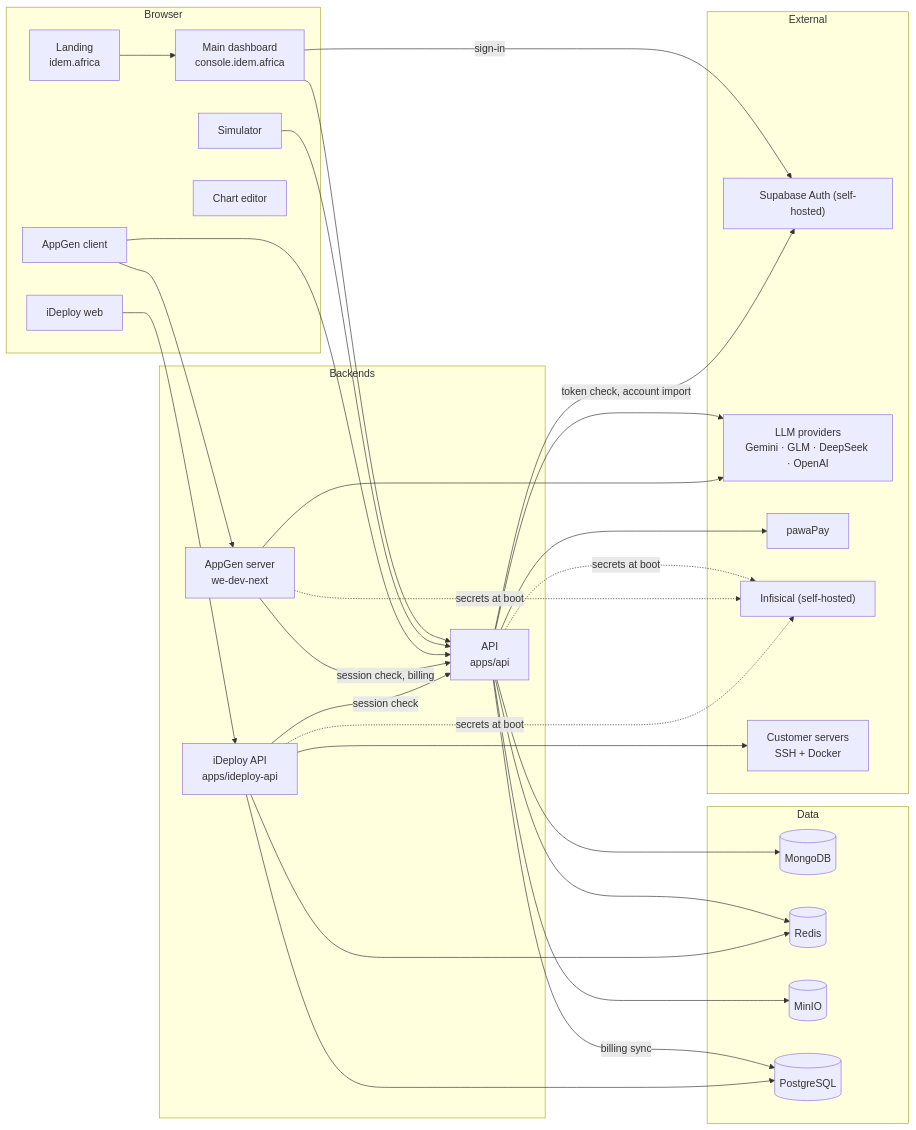
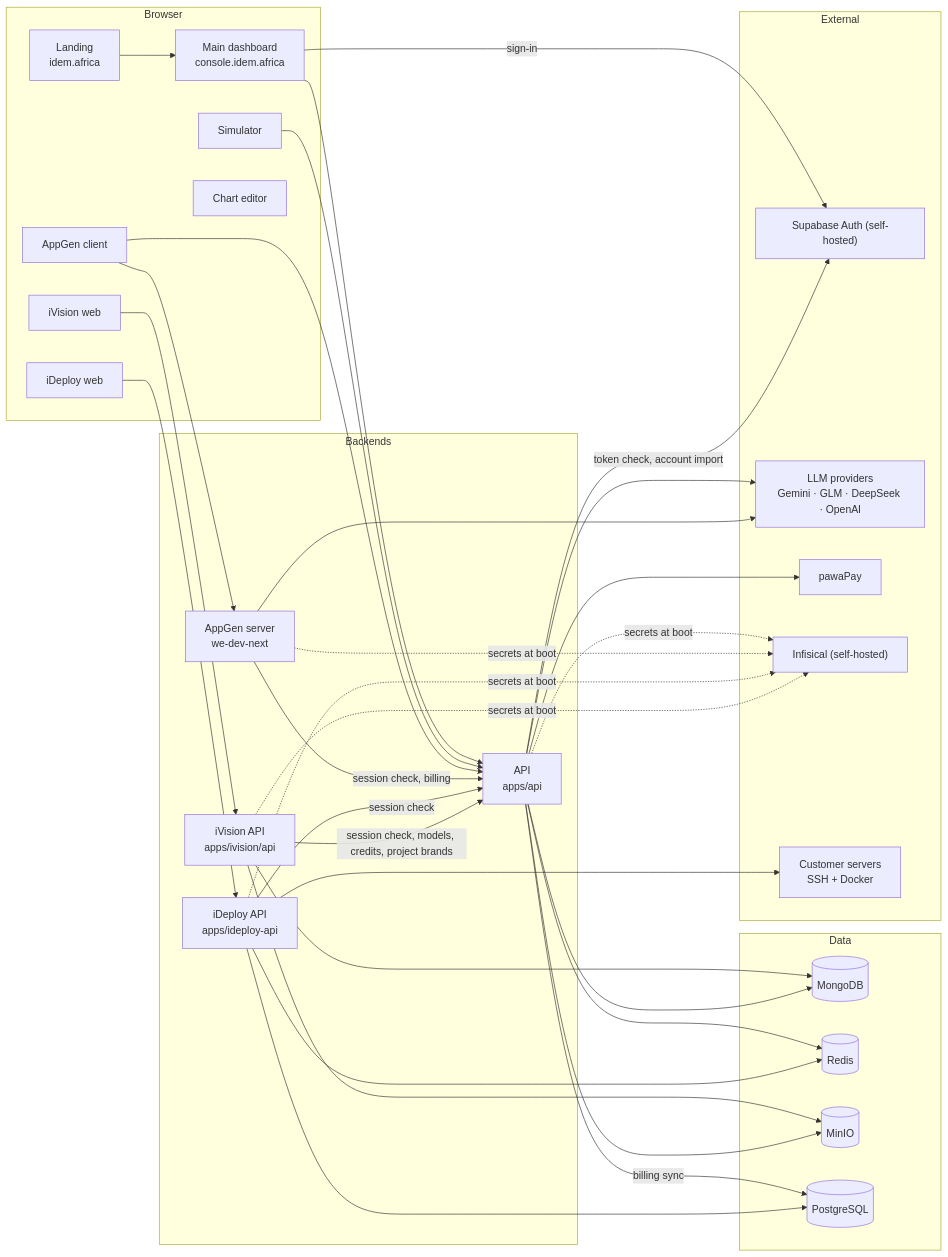
Before and after one commit to Idem-AI/idem: the diagram in docs/ARCHITECTURE.md, drawn with Mermaid. The commit also changed other lines of this file and 329 other files, not shown here.

````diff
--- a/docs/ARCHITECTURE.md
+++ b/docs/ARCHITECTURE.md
@@ -5,50 +5,55 @@
 ```mermaid
 flowchart LR
     subgraph Browser
         Landing["Landing<br/>idem.africa"]
         Dashboard["Main dashboard<br/>console.idem.africa"]
         Simulation["Simulator"]
         AppGenClient["AppGen client"]
         IDeployWeb["iDeploy web"]
         Chart["Chart editor"]
+        IVisionWeb["iVision web"]
     end
 
     subgraph Backends
         API["API<br/>apps/api"]
         AppGenServer["AppGen server<br/>we-dev-next"]
         IDeployAPI["iDeploy API<br/>apps/ideploy-api"]
+        IVisionAPI["iVision API<br/>apps/ivision/api"]
     end
 
     subgraph Data
         Mongo[(MongoDB)]
         Redis[(Redis)]
         MinIO[(MinIO)]
         PG[(PostgreSQL)]
     end
 
     subgraph External
         Auth["Supabase Auth (self-hosted)"]
         LLM["LLM providers<br/>Gemini · GLM · DeepSeek · OpenAI"]
         PawaPay["pawaPay"]
         SM["Infisical (self-hosted)"]
         Servers["Customer servers<br/>SSH + Docker"]
     end
 
     Landing --> Dashboard
     Dashboard --> API
     Simulation --> API
     AppGenClient --> AppGenServer
     AppGenClient --> API
     IDeployWeb --> IDeployAPI
     AppGenServer -- "session check, billing" --> API
     IDeployAPI -- "session check" --> API
+    IVisionWeb --> IVisionAPI
+    IVisionAPI -- "session check, models, credits, project brands" --> API
+    IVisionAPI --> Mongo & MinIO
     API --> Mongo & Redis & MinIO
     API -- "billing sync" --> PG
     IDeployAPI --> PG & Redis
     IDeployAPI --> Servers
     Dashboard -- "sign-in" --> Auth
     API -- "token check, account import" --> Auth
     API --> LLM & PawaPay
     AppGenServer --> LLM
-    API & AppGenServer & IDeployAPI -. "secrets at boot" .-> SM
+    API & AppGenServer & IDeployAPI & IVisionAPI -. "secrets at boot" .-> SM
 ```
````
